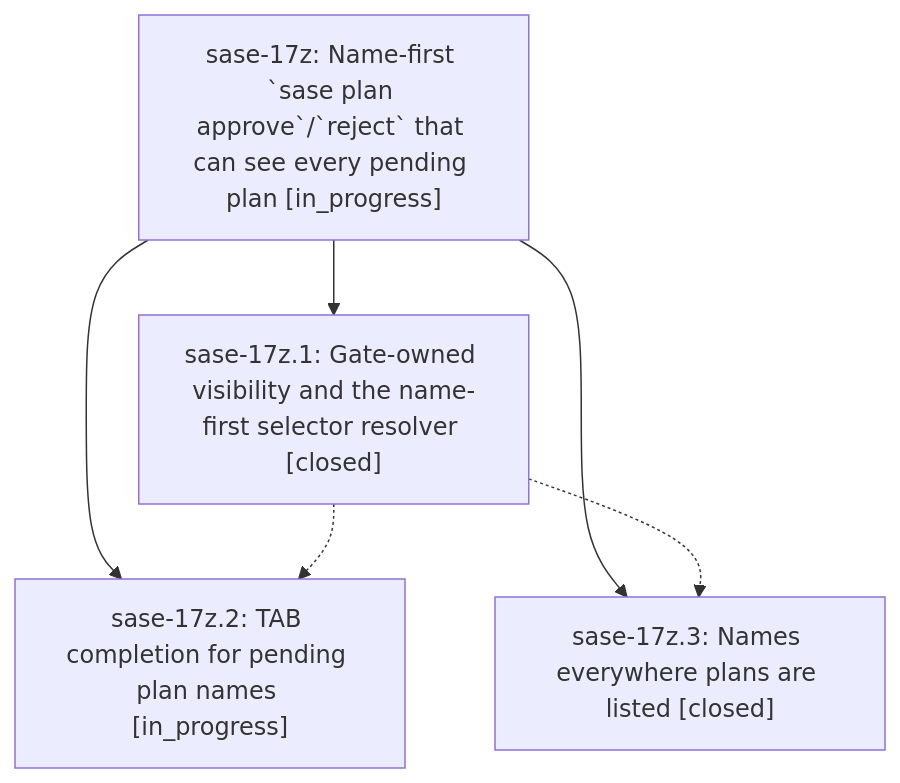
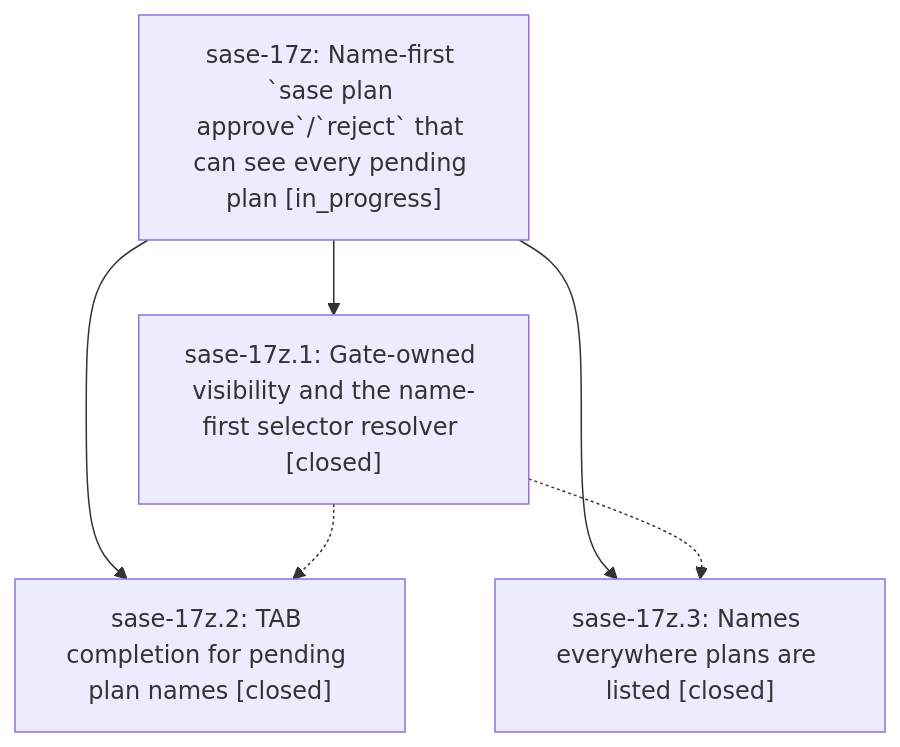
The diagram in pages/sase-17z/README.md (sase-org/sase--beads), drawn with Mermaid before and after one commit. The commit also changed other lines of this file and 3 other files, not shown here.

````diff
--- a/pages/sase-17z/README.md
+++ b/pages/sase-17z/README.md
@@ -24,12 +24,12 @@
 ```mermaid
 flowchart TD
     n0["sase-17z: Name-first `sase plan approve`/`reject` that can see every pending plan [in_progress]"]
     n1["sase-17z.1: Gate-owned visibility and the name-first selector resolver [closed]"]
-    n2["sase-17z.2: TAB completion for pending plan names [in_progress]"]
+    n2["sase-17z.2: TAB completion for pending plan names [closed]"]
     n3["sase-17z.3: Names everywhere plans are listed [closed]"]
     n0 --> n1
     n0 --> n2
     n0 --> n3
     n1 -.-> n2
     n1 -.-> n3
 ```
````
